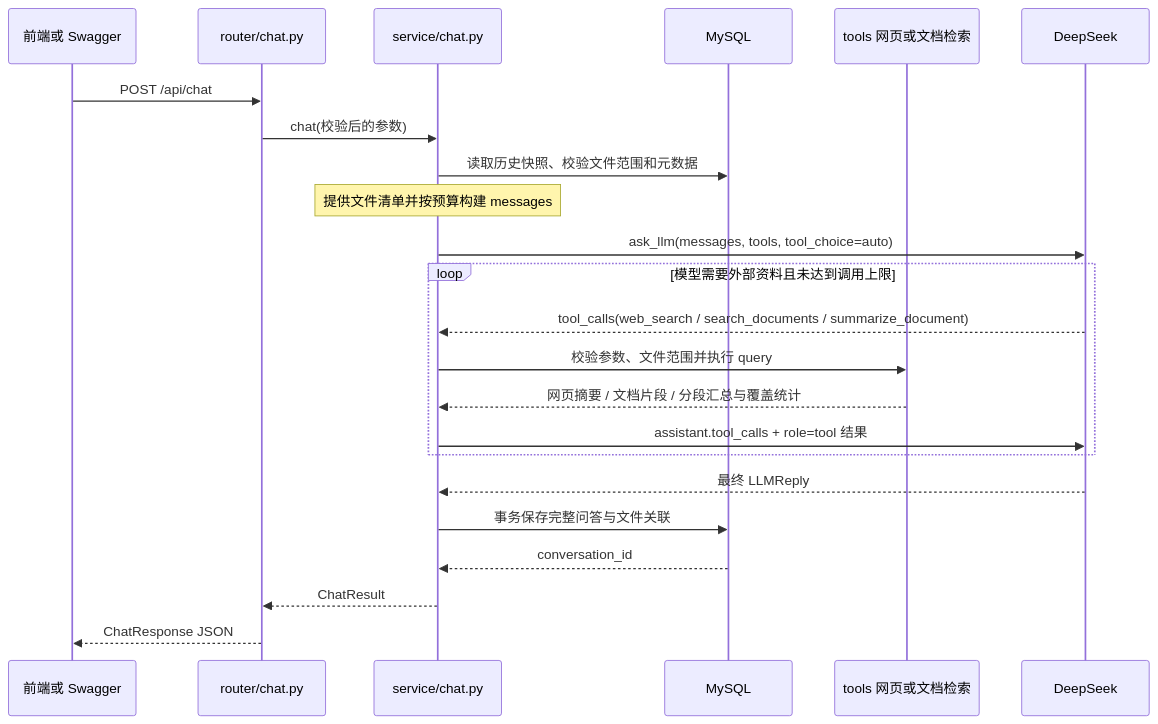
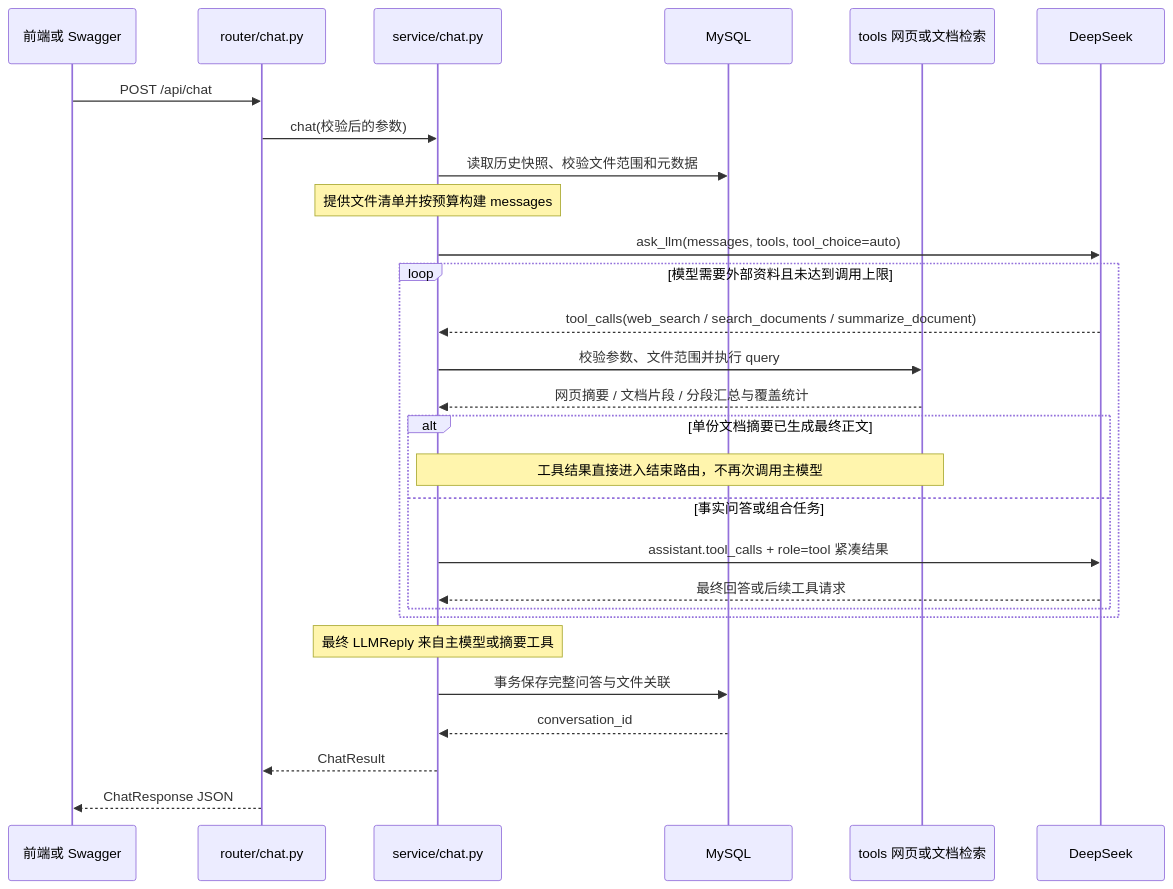
One commit to unknowprogram/ai-agent changed the third of 4 diagrams in DEVELOPMENT.md. Above: the diagram before and after it, drawn with Mermaid. The commit also changed other lines of this file and 14 other files, not shown here.

````diff
--- a/DEVELOPMENT.md
+++ b/DEVELOPMENT.md
@@ -474,25 +478,30 @@
 ```mermaid
 sequenceDiagram
     participant U as 前端或 Swagger
     participant R as router/chat.py
     participant S as service/chat.py
     participant DB as MySQL
     participant T as tools 网页或文档检索
     participant L as DeepSeek
     U->>R: POST /api/chat
     R->>S: chat(校验后的参数)
     S->>DB: 读取历史快照、校验文件范围和元数据
     Note over S: 提供文件清单并按预算构建 messages
     S->>L: ask_llm(messages, tools, tool_choice=auto)
     loop 模型需要外部资料且未达到调用上限
         L-->>S: tool_calls(web_search / search_documents / summarize_document)
         S->>T: 校验参数、文件范围并执行 query
         T-->>S: 网页摘要 / 文档片段 / 分段汇总与覆盖统计
-        S->>L: assistant.tool_calls + role=tool 结果
+        alt 单份文档摘要已生成最终正文
+            Note over S,T: 工具结果直接进入结束路由，不再次调用主模型
+        else 事实问答或组合任务
+            S->>L: assistant.tool_calls + role=tool 紧凑结果
+            L-->>S: 最终回答或后续工具请求
+        end
     end
-    L-->>S: 最终 LLMReply
+    Note over S: 最终 LLMReply 来自主模型或摘要工具
     S->>DB: 事务保存完整问答与文件关联
     DB-->>S: conversation_id
     S-->>R: ChatResult
     R-->>U: ChatResponse JSON
 ```
````
